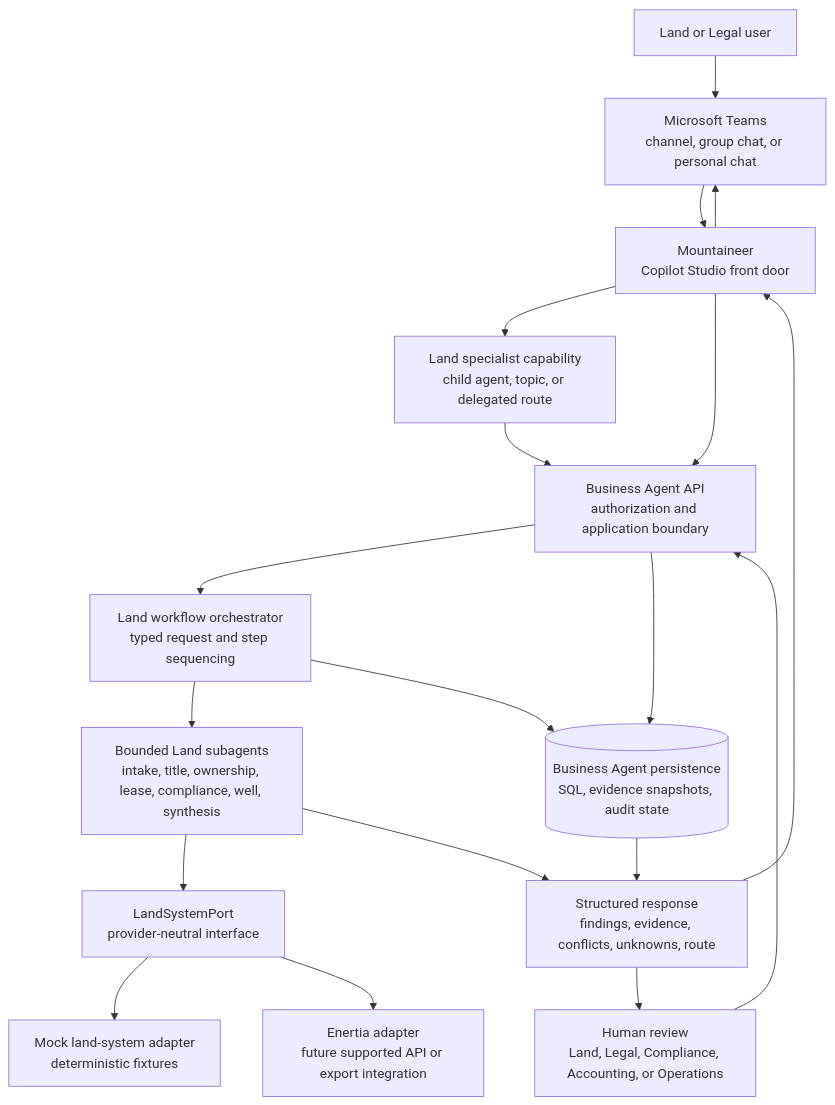
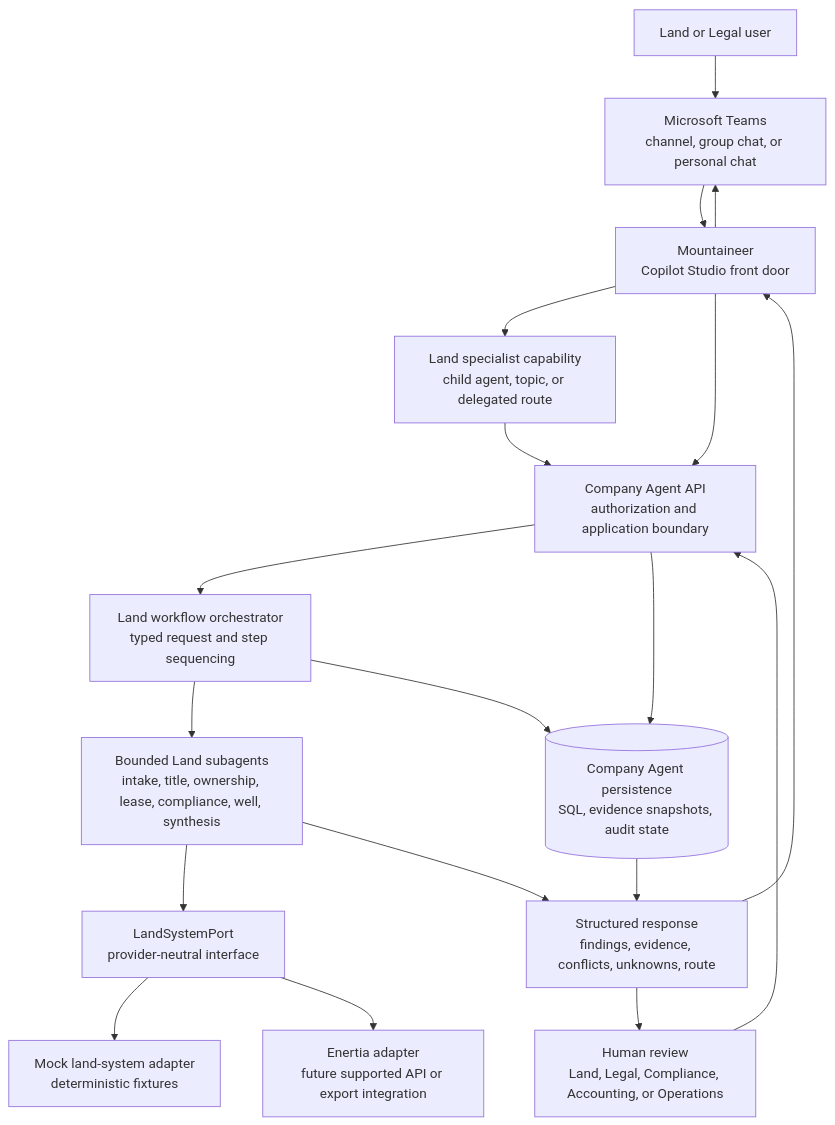
One commit to paulbohnenkamp/company-agent changed the first of 2 diagrams in docs/land-agent-architecture.md. Above: the diagram before and after it, drawn with Mermaid. The commit also changed other lines of this file and 41 other files, not shown here.

Commit message:
chore: rename repository to company-agent

````diff
--- a/docs/land-agent-architecture.md
+++ b/docs/land-agent-architecture.md
@@ -81,33 +81,33 @@
 ```mermaid
 flowchart TB
     U[Land or Legal user]
     T[Microsoft Teams<br/>channel, group chat, or personal chat]
     M[Mountaineer<br/>Copilot Studio front door]
     L[Land specialist capability<br/>child agent, topic, or delegated route]
-    B[Business Agent API<br/>authorization and application boundary]
+    B[Company Agent API<br/>authorization and application boundary]
     O[Land workflow orchestrator<br/>typed request and step sequencing]
     S[Bounded Land subagents<br/>intake, title, ownership, lease, compliance, well, synthesis]
     P[LandSystemPort<br/>provider-neutral interface]
     X[Mock land-system adapter<br/>deterministic fixtures]
     E[Enertia adapter<br/>future supported API or export integration]
-    D[(Business Agent persistence<br/>SQL, evidence snapshots, audit state)]
+    D[(Company Agent persistence<br/>SQL, evidence snapshots, audit state)]
     H[Human review<br/>Land, Legal, Compliance, Accounting, or Operations]
     R[Structured response<br/>findings, evidence, conflicts, unknowns, route]
 
     U --> T --> M
     M --> L
     M --> B
     L --> B
     B --> O
     O --> S
     S --> P
     P --> X
     P --> E
     B --> D
     O --> D
     S --> R
     D --> R
     R --> M --> T
     R --> H
     H --> B
 ```
````
